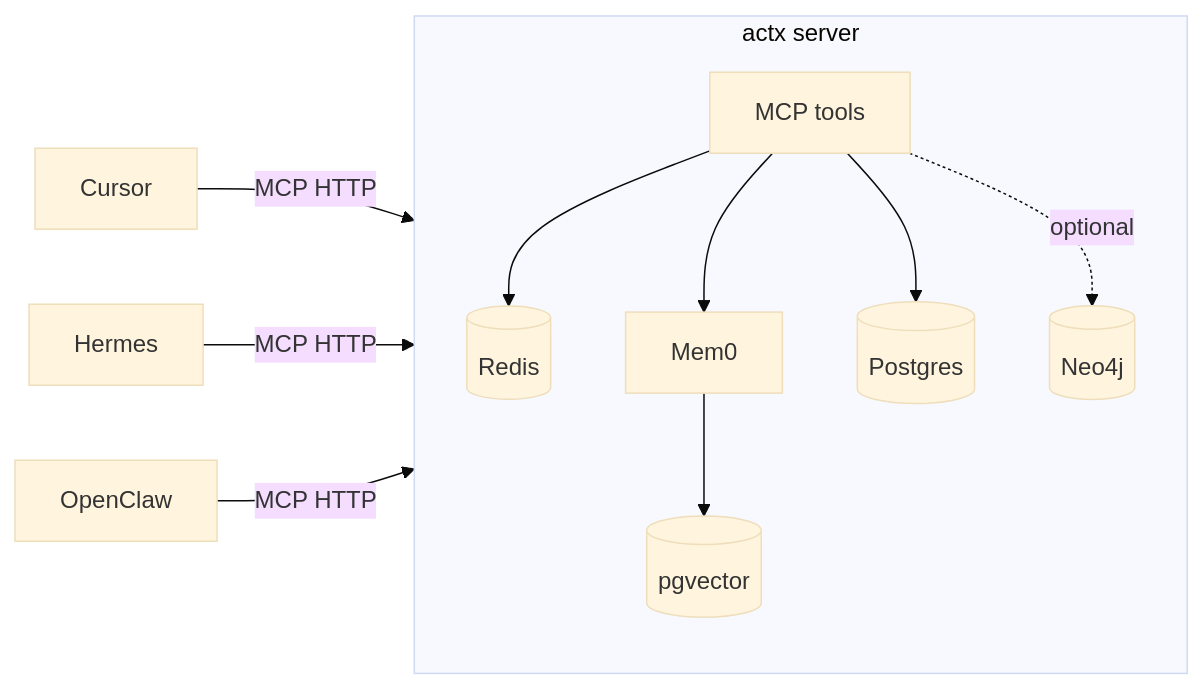
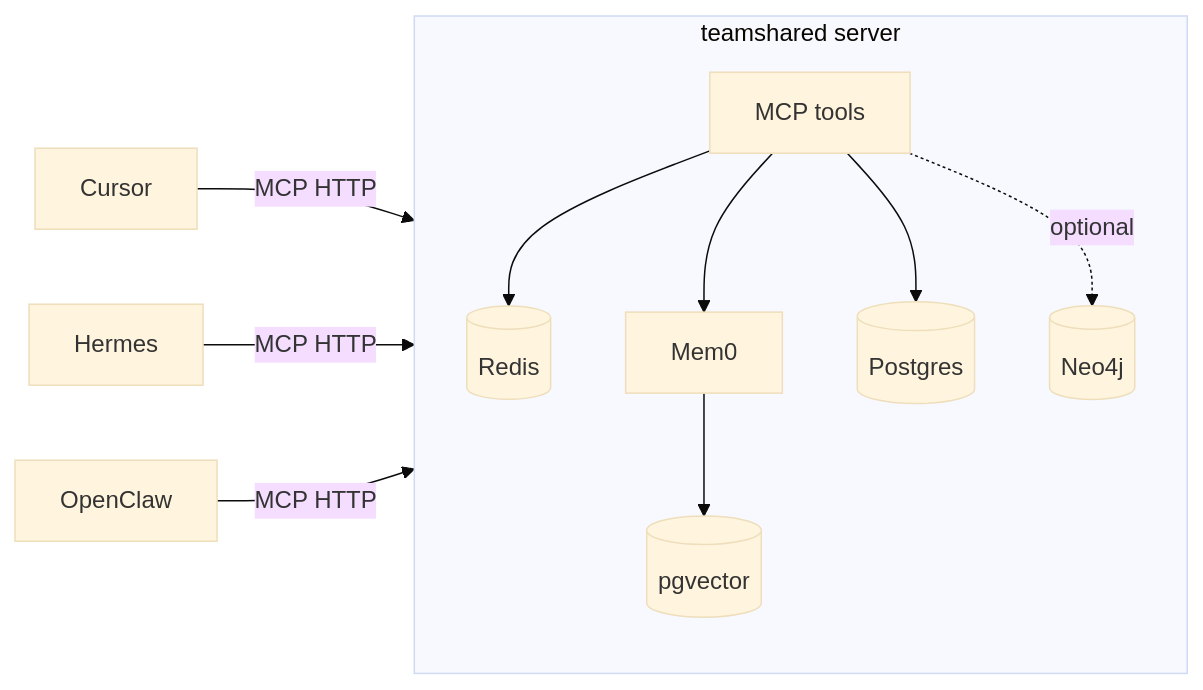
One commit to xhad/teamshared changed the diagram in README.md. Above: the diagram before and after it, drawn with Mermaid (base theme). The commit also changed other lines of this file and 92 other files, not shown here.

````diff
--- a/README.md
+++ b/README.md
@@ -25,14 +25,14 @@
 ```mermaid
 flowchart LR
-  Cursor[Cursor] -->|MCP HTTP| actx
-  Hermes[Hermes] -->|MCP HTTP| actx
-  OpenClaw[OpenClaw] -->|MCP HTTP| actx
-  subgraph actx [actx server]
+  Cursor[Cursor] -->|MCP HTTP| teamshared
+  Hermes[Hermes] -->|MCP HTTP| teamshared
+  OpenClaw[OpenClaw] -->|MCP HTTP| teamshared
+  subgraph teamshared [teamshared server]
     Tools[MCP tools]
     Tools --> Working[(Redis)]
     Tools --> Mem0[Mem0]
     Tools --> Procs[(Postgres)]
     Tools -.->|optional| Neo4j[(Neo4j)]
     Mem0 --> PG[(pgvector)]
   end
 ```
````
